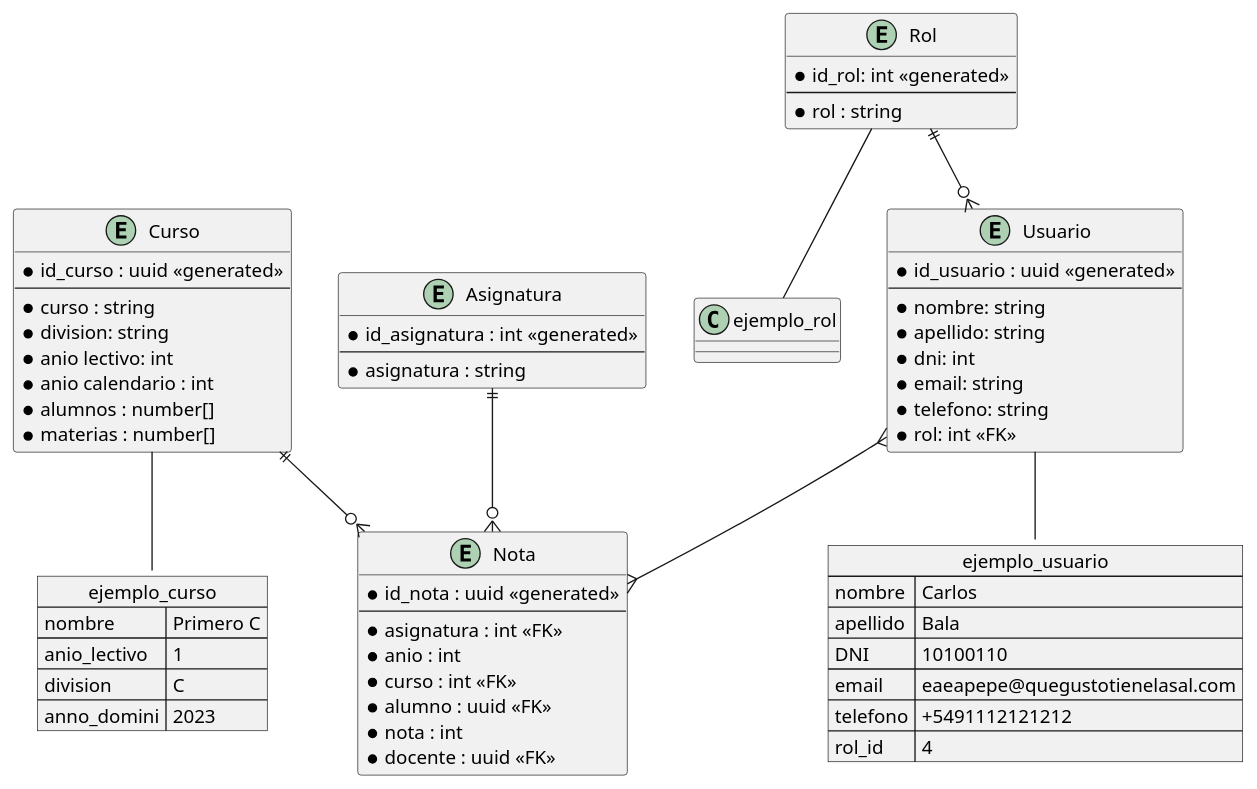
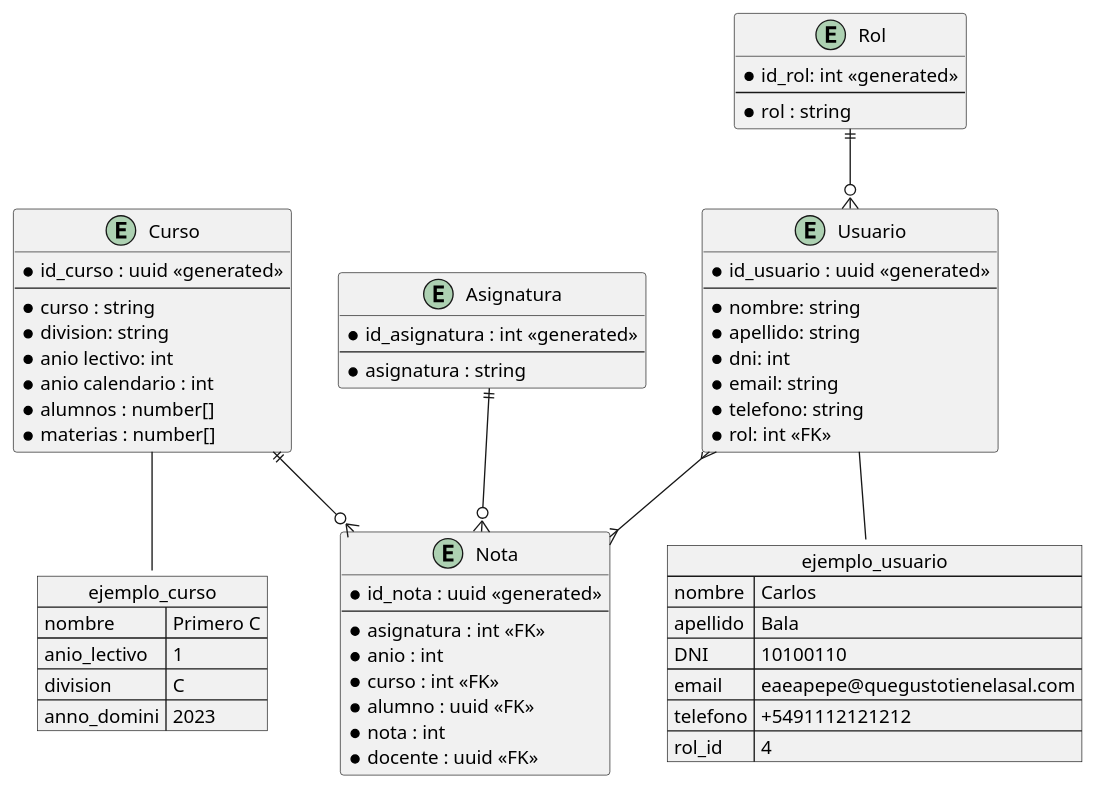
Before and after one commit to aragornz325/escuelas: the diagram in README.md, drawn with PlantUML.

````diff
--- a/README.md
+++ b/README.md
@@ -3,76 +3,75 @@
 ```plantuml
 @startuml
 allow_mixing
 
 entity Curso {
   * id_curso : uuid <<generated>>
   --
   * curso : string
   * division: string
   * anio lectivo: int
   * anio calendario : int
   * alumnos : number[]
   * materias : number[]
 }
 
 entity Usuario {
   * id_usuario : uuid <<generated>>
   --
   * nombre: string
   * apellido: string
   * dni: int
   * email: string
   * telefono: string
   * rol: int <<FK>>
 }
 
 entity Rol {
  * id_rol: int <<generated>>
  --
  * rol : string
 }
 
 entity "Asignatura" {
   * id_asignatura : int <<generated>>
   --
   * asignatura : string
 }
 
 entity "Nota" {
   * id_nota : uuid <<generated>>
   --
   * asignatura : int <<FK>>
   * anio : int
   * curso : int <<FK>>
   * alumno : uuid <<FK>>
   * nota : int
   * docente : uuid <<FK>>
 }
 
 json ejemplo_usuario{
   "nombre": "Carlos",
   "apellido": "Bala",
   "DNI": "10100110",
   "email": "eaeapepe@quegustotienelasal.com",
   "telefono": "+5491112121212",
   "rol_id": 4
 }
 
 json ejemplo_curso {
    "nombre":"Primero C",
    "anio_lectivo":"1",
    "division":"C",
    "anno_domini":"2023"
 }
 
 Usuario }--{ Nota
 Rol ||--o{ Usuario
 Asignatura ||--o{ Nota
 Curso ||--o{ Nota
 
-Rol -- ejemplo_rol
 Curso -- ejemplo_curso
 Usuario -- ejemplo_usuario
 
 @enduml
 ```
````
